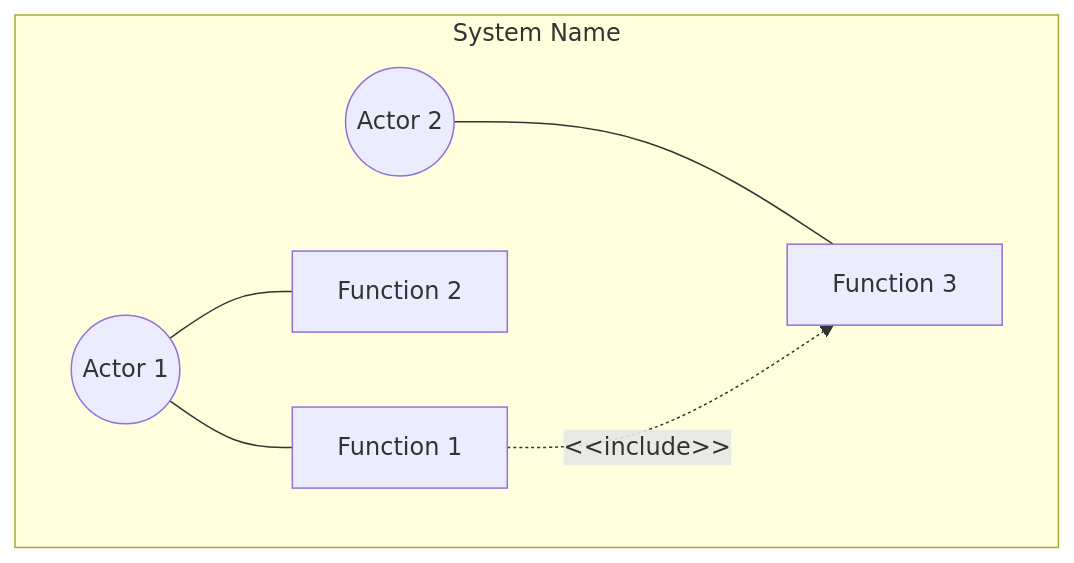
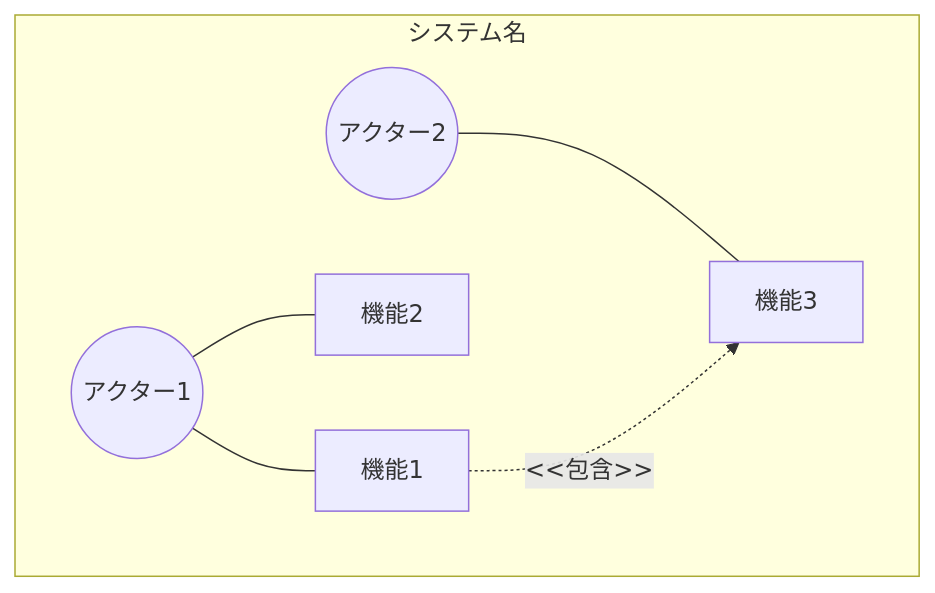
One commit to ToshikiImagawa/Buruma changed the first of 4 diagrams in .sdd/PRD_TEMPLATE.md. Above: the diagram before and after it, drawn with Mermaid. The commit also changed other lines of this file and 3 other files, not shown here.

````diff
--- a/.sdd/PRD_TEMPLATE.md
+++ b/.sdd/PRD_TEMPLATE.md
@@ -82,15 +82,15 @@
 ```mermaid
 graph TB
-    subgraph "System Name"
-        Actor1((Actor 1))
-        Actor2((Actor 2))
-        Func1[Function 1]
-        Func2[Function 2]
-        Func3[Function 3]
+    subgraph "システム名"
+        Actor1((アクター1))
+        Actor2((アクター2))
+        Func1[機能1]
+        Func2[機能2]
+        Func3[機能3]
     end
 
     Actor1 --- Func1
     Actor1 --- Func2
     Actor2 --- Func3
-    Func1 -.->|"&lt;&lt;include&gt;&gt;"| Func3
+    Func1 -.->|"&lt;&lt;包含&gt;&gt;"| Func3
 ```
````
